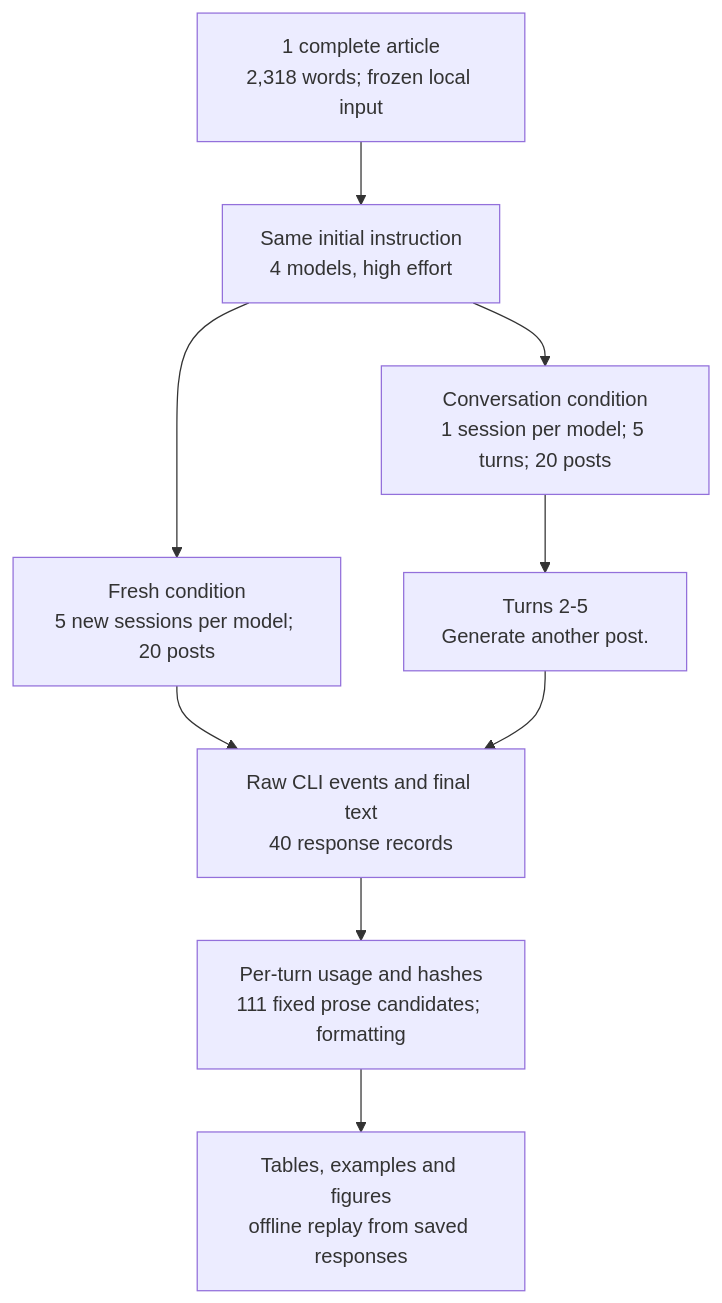
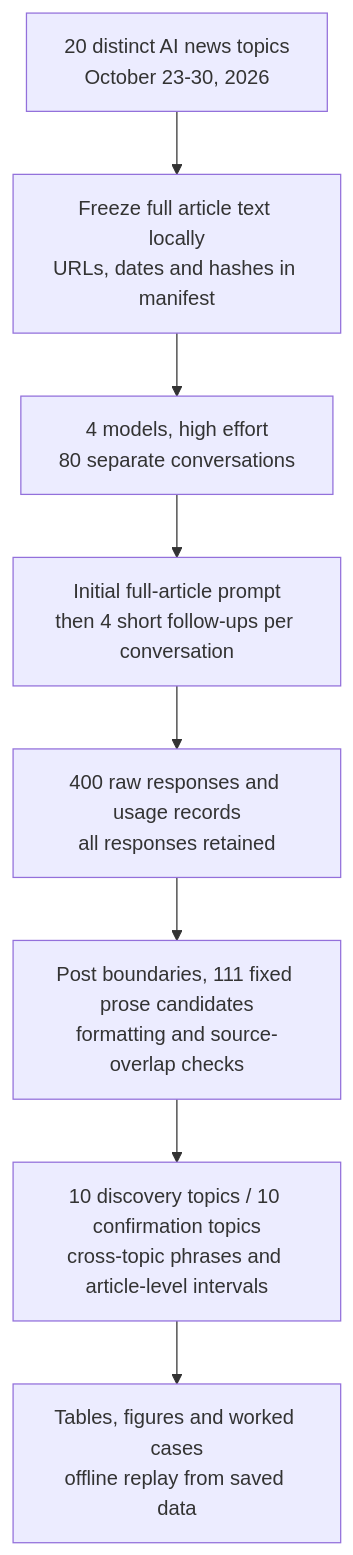
The first of 3 diagrams in notebooks/40-linkedin-writing-habits/README.md (k-sandhu/experiment-notebooks), drawn with Mermaid before and after one commit. The commit also changed other lines of this file and 1239 other files, not shown here.

Commit message:
Collect all 400 LinkedIn posts and report cross-topic writing habits

````diff
--- a/notebooks/40-linkedin-writing-habits/README.md
+++ b/notebooks/40-linkedin-writing-habits/README.md
@@ -37,11 +38,10 @@
 ```mermaid
 flowchart TD
-    A["1 complete article<br/>2,318 words; frozen local input"] --> B["Same initial instruction<br/>4 models, high effort"]
-    B --> C["Fresh condition<br/>5 new sessions per model; 20 posts"]
-    B --> D["Conversation condition<br/>1 session per model; 5 turns; 20 posts"]
-    D --> E["Turns 2-5<br/>Generate another post."]
-    C --> F["Raw CLI events and final text<br/>40 response records"]
-    E --> F
-    F --> G["Per-turn usage and hashes<br/>111 fixed prose candidates; formatting"]
-    G --> H["Tables, examples and figures<br/>offline replay from saved responses"]
+    A["20 distinct AI news topics<br/>October 23-30, 2026"] --> B["Freeze full article text locally<br/>URLs, dates and hashes in manifest"]
+    B --> C["4 models, high effort<br/>80 separate conversations"]
+    C --> D["Initial full-article prompt<br/>then 4 short follow-ups per conversation"]
+    D --> E["400 raw responses and usage records<br/>all responses retained"]
+    E --> F["Post boundaries, 111 fixed prose candidates<br/>formatting and source-overlap checks"]
+    F --> G["10 discovery topics / 10 confirmation topics<br/>cross-topic phrases and article-level intervals"]
+    G --> H["Tables, figures and worked cases<br/>offline replay from saved data"]
 ```
````
